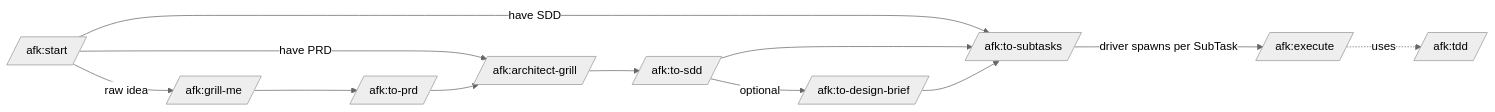
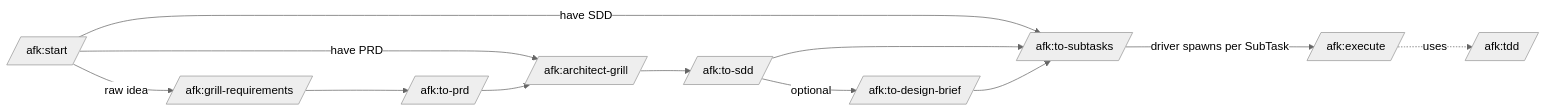
Before and after one commit to midnightblur/afk-driver: the diagram in skills/start/SKILL.md, drawn with Mermaid (neutral theme). The commit also changed other lines of this file and 8 other files, not shown here.

First line of the commit message:
feat(skills): adopt grill-with-docs as grill-requirements (verbatim step 1)

````diff
--- a/skills/start/SKILL.md
+++ b/skills/start/SKILL.md
@@ -20,12 +20,12 @@
    ```mermaid
    graph LR
-       Start[/afk:start/] -->|raw idea| Grill[/afk:grill-me/]
+       Start[/afk:start/] -->|raw idea| Grill[/afk:grill-requirements/]
        Start -->|have PRD| AG[/afk:architect-grill/]
        Start -->|have SDD| Sub[/afk:to-subtasks/]
        Grill --> Prd[/afk:to-prd/] --> AG --> Sdd[/afk:to-sdd/]
        Sdd -->|optional| Brief[/afk:to-design-brief/]
        Sdd --> Sub
        Brief --> Sub
        Sub -->|driver spawns per SubTask| Exec[/afk:execute/]
        Exec -.uses.-> Tdd[/afk:tdd/]
    ```
````
